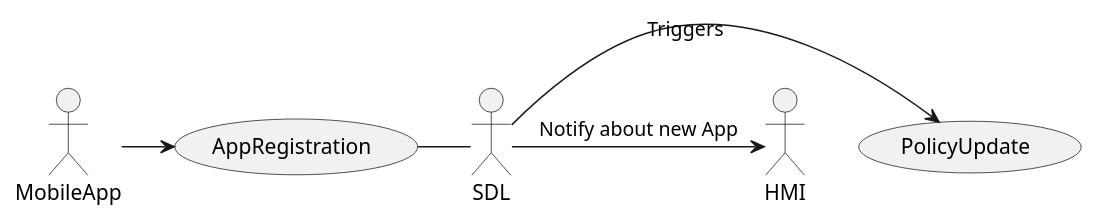
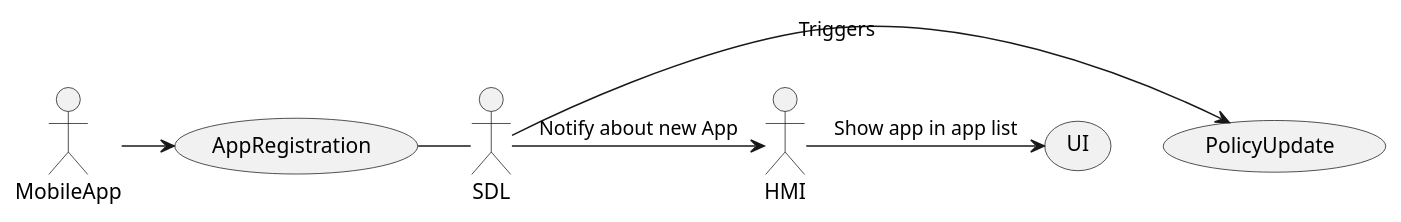
The diagram in docs/use_cases/application_registration/assets/app_registration_use_case.puml (ovvasyliev/sdl_core), drawn with PlantUML before and after one commit.

```diff
--- a/docs/use_cases/application_registration/assets/app_registration_use_case.puml
+++ b/docs/use_cases/application_registration/assets/app_registration_use_case.puml
@@ -1,17 +1,17 @@
 @startuml
 
 actor MobileApp as MOB
 actor SDL
 actor HMI
 (AppRegistration) as REG
 (PolicyUpdate) as POLICY
 
 :SDL: -> POLICY : Triggers
 
 :MOB: -> REG
 
 REG - :SDL:
 
 :SDL: -> :HMI: : Notify about new App
-
+:HMI: -> (UI) : Show app in app list
 @enduml
```
